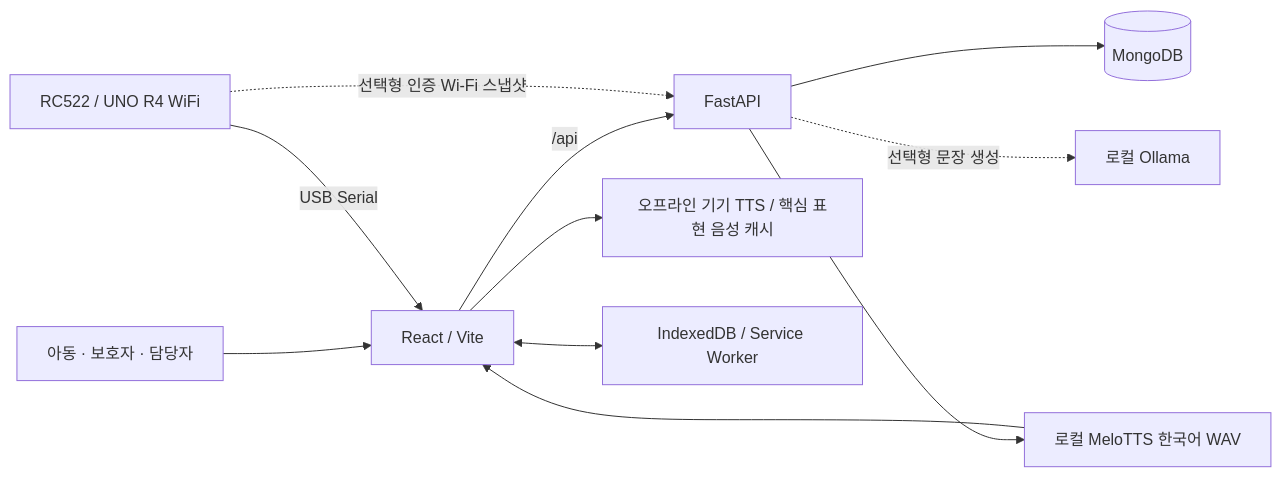
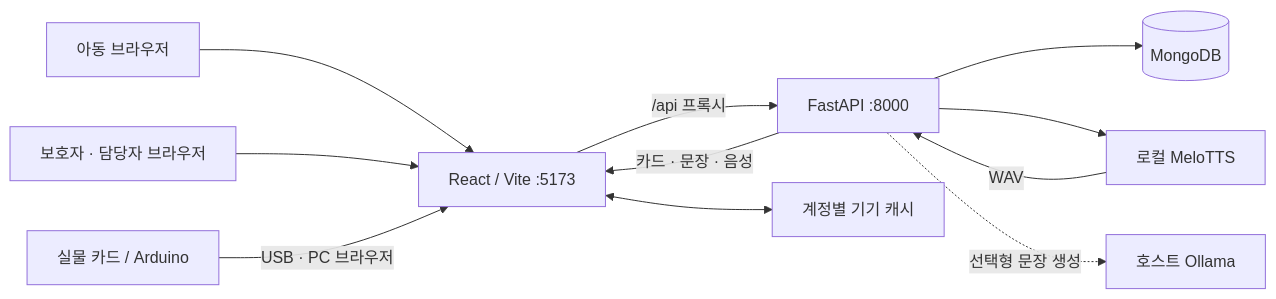
One commit to PECS-MATE/pesc-mate changed the diagram in README.md. Above: the diagram before and after it, drawn with Mermaid. The commit also changed other lines of this file and 1 other file, not shown here.

````diff
--- a/README.md
+++ b/README.md
@@ -136,13 +87,13 @@
-```mermaid
+~~~mermaid
 flowchart LR
-    User["아동 · 보호자 · 담당자"] --> Web["React / Vite"]
-    Web -->|/api| API["FastAPI"]
-    RFID["RC522 / UNO R4 WiFi"] -->|"USB Serial"| Web
-    RFID -. "선택형 인증 Wi-Fi 스냅샷" .-> API
+    Child["아동 브라우저"] --> Web["React / Vite :5173"]
+    Caregiver["보호자 · 담당자 브라우저"] --> Web
+    RFID["실물 카드 / Arduino"] -->|"USB · PC 브라우저"| Web
+    Web -->|"/api 프록시"| API["FastAPI :8000"]
     API --> DB[("MongoDB")]
-    API -. "선택형 문장 생성" .-> LLM["로컬 Ollama"]
-    API --> Melo["로컬 MeloTTS 한국어 WAV"]
-    Melo --> Web
-    Web --> Voice["오프라인 기기 TTS / 핵심 표현 음성 캐시"]
-    Web <--> Cache["IndexedDB / Service Worker"]
-```
+    API --> Speech["로컬 MeloTTS"]
+    API -. "선택형 문장 생성" .-> Ollama["호스트 Ollama"]
+    Speech -->|"WAV"| API
+    API -->|"카드 · 문장 · 음성"| Web
+    Web <--> Cache["계정별 기기 캐시"]
+~~~
````
